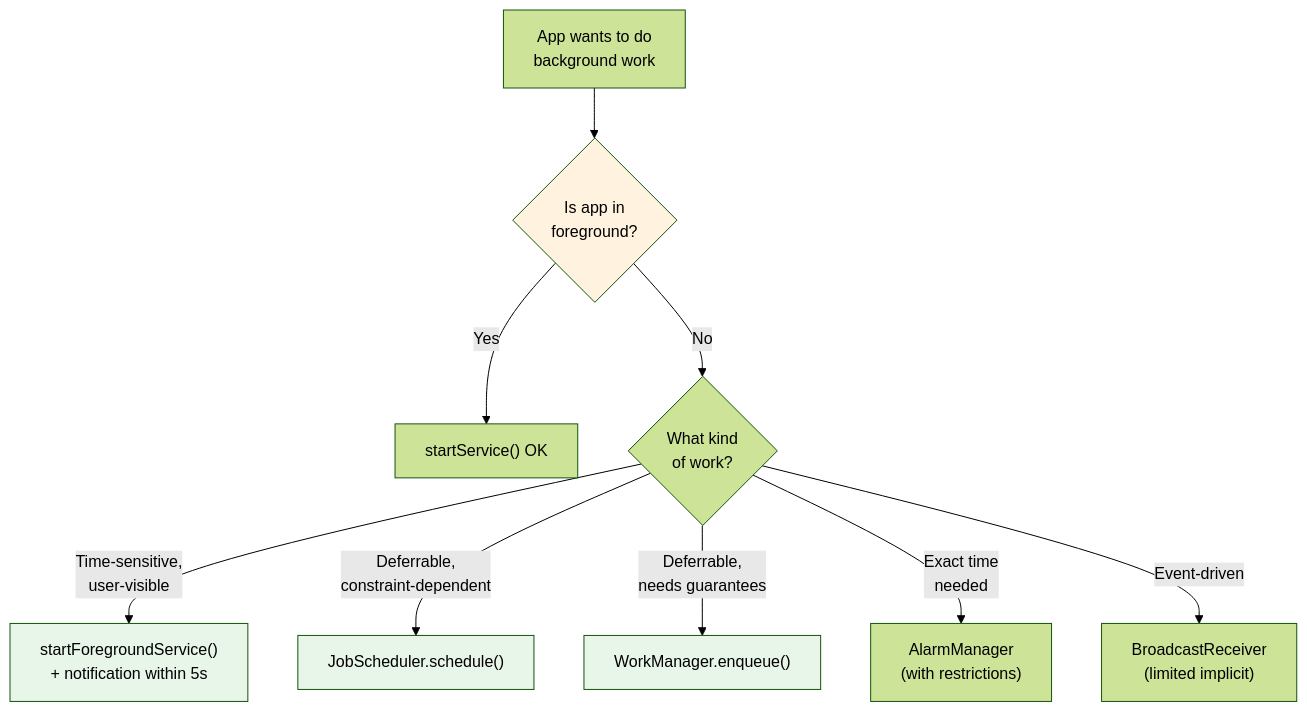
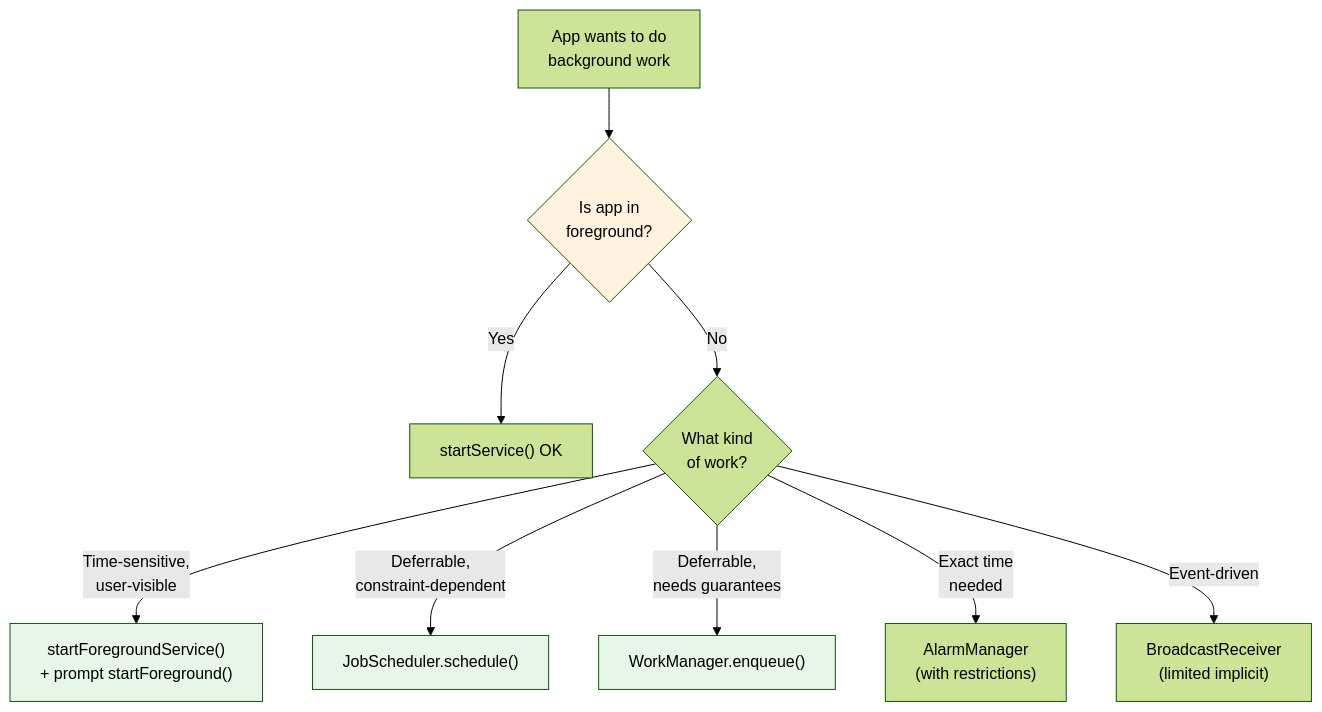
One commit to aospbooks/aosp-internal-book changed the first of 17 diagrams in agents/claude/skills/aosp-framework-services/30-background-tasks.md. Above: the diagram before and after it, drawn with Mermaid (forest theme). The commit also changed other lines of this file and 218 other files, not shown here.

````diff
--- a/agents/claude/skills/aosp-framework-services/30-background-tasks.md
+++ b/agents/claude/skills/aosp-framework-services/30-background-tasks.md
@@ -56,16 +57,16 @@
 ```mermaid
 flowchart TD
     A["App wants to do<br/>background work"] --> B{"Is app in<br/>foreground?"}
     B -->|Yes| C["startService() OK"]
     B -->|No| D{"What kind<br/>of work?"}
-    D -->|"Time-sensitive,<br/>user-visible"| E["startForegroundService()<br/>+ notification within 5s"]
+    D -->|"Time-sensitive,<br/>user-visible"| E["startForegroundService()<br/>+ prompt startForeground()"]
     D -->|"Deferrable,<br/>constraint-dependent"| F["JobScheduler.schedule()"]
     D -->|"Deferrable,<br/>needs guarantees"| G["WorkManager.enqueue()"]
     D -->|"Exact time<br/>needed"| H["AlarmManager<br/>(with restrictions)"]
     D -->|"Event-driven"| I["BroadcastReceiver<br/>(limited implicit)"]
 
     style B fill:#fff3e0
     style E fill:#e8f5e9
     style F fill:#e8f5e9
     style G fill:#e8f5e9
 ```
````
